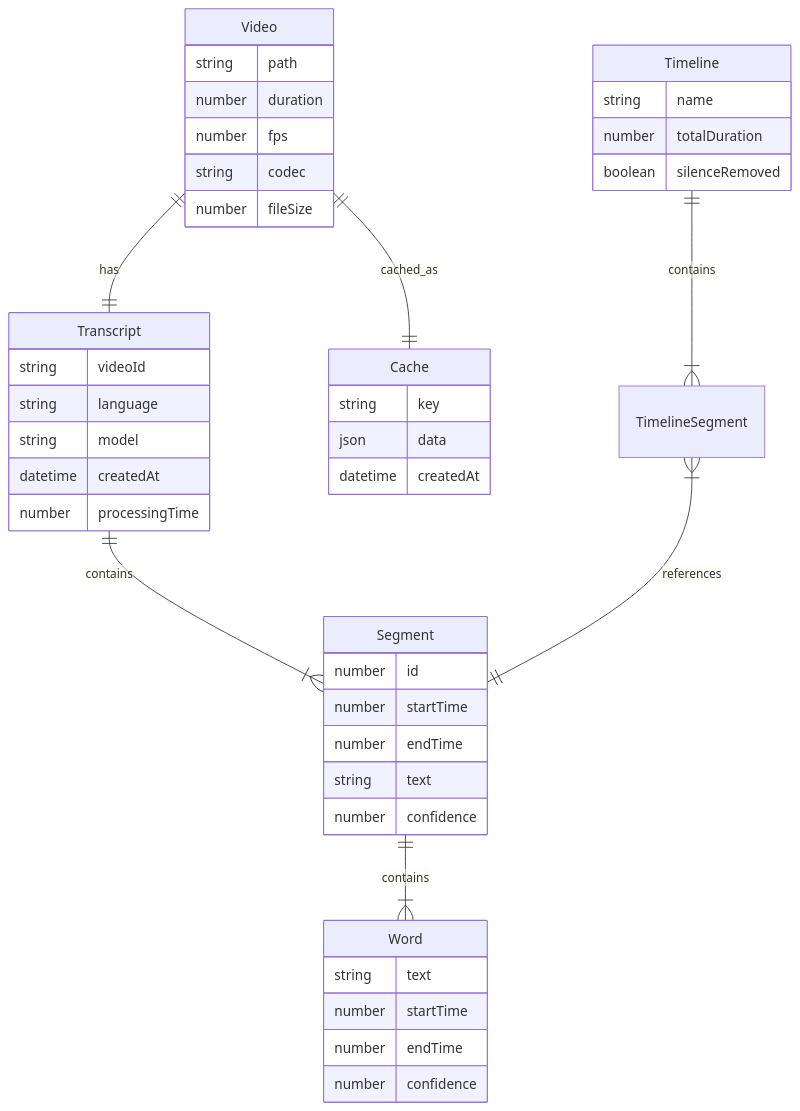
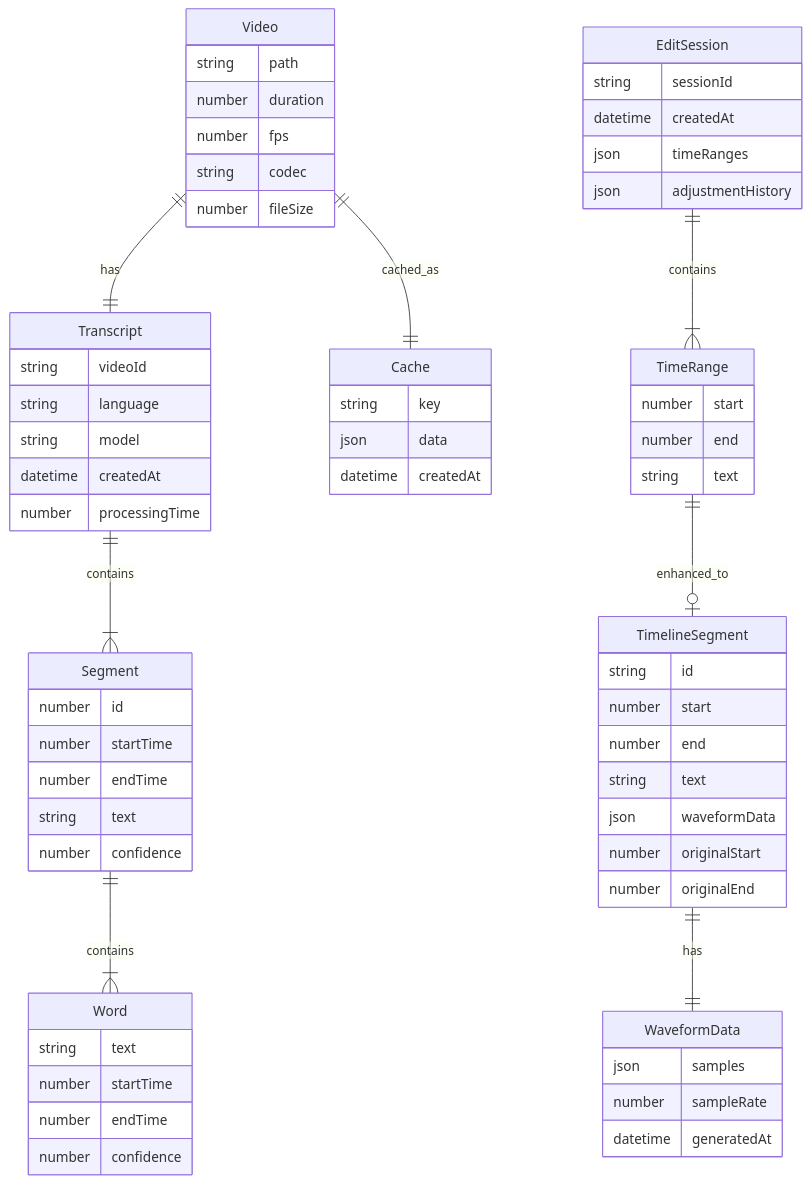
Diagram 18 of 32 in docs/basic_design_specification_v2.md (Coidemo/TextffCut), drawn with Mermaid before and after one commit. The commit also changed other lines of this file and 18 other files, not shown here.

````diff
--- a/docs/basic_design_specification_v2.md
+++ b/docs/basic_design_specification_v2.md
@@ -487,52 +572,76 @@
 ```mermaid
 erDiagram
     Video ||--|| Transcript : "has"
     Transcript ||--|{ Segment : "contains"
     Segment ||--|{ Word : "contains"
-    Timeline ||--|{ TimelineSegment : "contains"
-    TimelineSegment }|--|| Segment : "references"
+    EditSession ||--|{ TimeRange : "contains"
+    TimeRange ||--o| TimelineSegment : "enhanced_to"
+    TimelineSegment ||--|| WaveformData : "has"
     Video ||--|| Cache : "cached_as"
     
     Video {
         string path
         number duration
         number fps
         string codec
         number fileSize
     }
     
     Transcript {
         string videoId
         string language
         string model
         datetime createdAt
         number processingTime
     }
     
     Segment {
         number id
         number startTime
         number endTime
         string text
         number confidence
     }
     
     Word {
         string text
         number startTime
         number endTime
         number confidence
     }
     
-    Timeline {
-        string name
-        number totalDuration
-        boolean silenceRemoved
+    EditSession {
+        string sessionId
+        datetime createdAt
+        json timeRanges
+        json adjustmentHistory
+    }
+    
+    TimeRange {
+        number start
+        number end
+        string text
+    }
+    
+    TimelineSegment {
+        string id
+        number start
+        number end
+        string text
+        json waveformData
+        number originalStart
+        number originalEnd
+    }
+    
+    WaveformData {
+        json samples
+        number sampleRate
+        datetime generatedAt
     }
     
     Cache {
         string key
         json data
         datetime createdAt
     }
 ```
````
